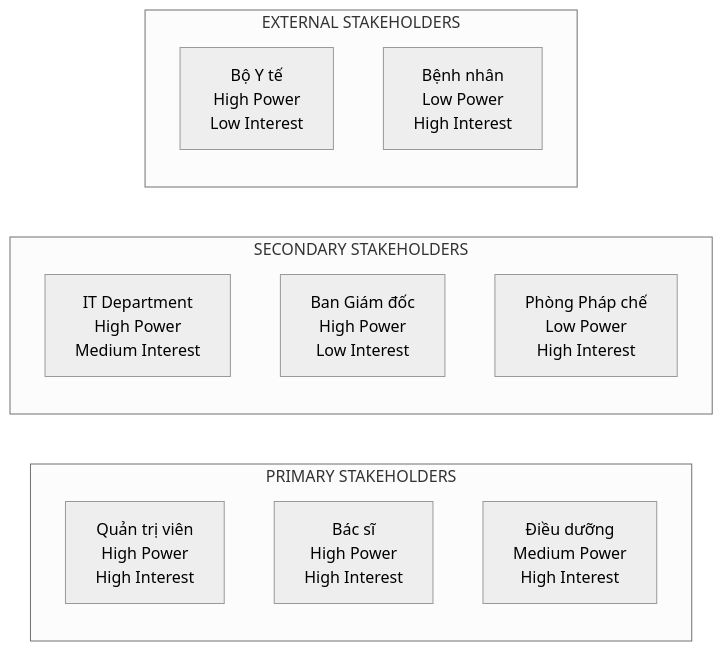
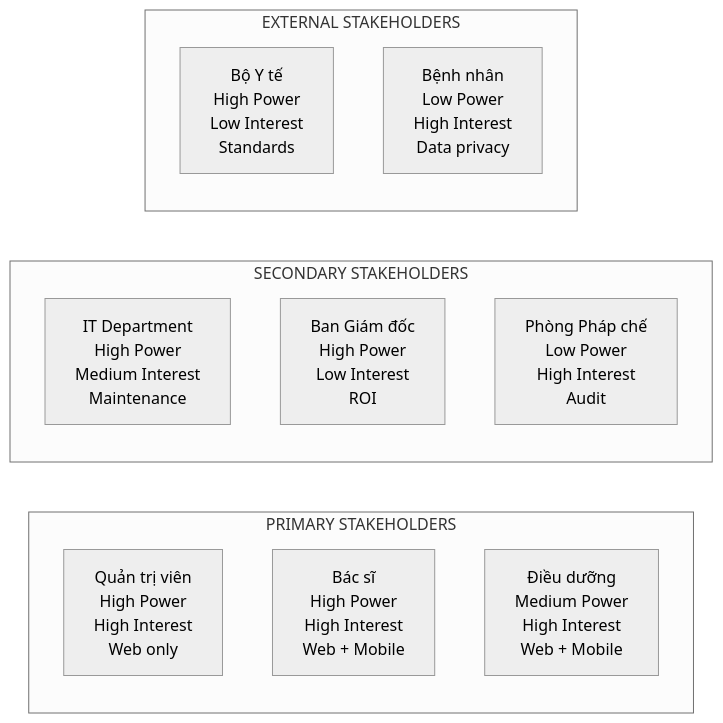
One commit to vudu151/DynamicForm changed the ninth of 9 diagrams in DynamicForm/docs/04-BUSINESS-ARCHITECTURE.md. Above: the diagram before and after it, drawn with Mermaid (neutral theme). The commit also changed other lines of this file and 87 other files, not shown here.

````diff
--- a/DynamicForm/docs/04-BUSINESS-ARCHITECTURE.md
+++ b/DynamicForm/docs/04-BUSINESS-ARCHITECTURE.md
@@ -435,19 +573,19 @@
 ```mermaid
 graph LR
     subgraph "PRIMARY STAKEHOLDERS"
-        ADMIN[Quản trị viên<br/>High Power<br/>High Interest]
-        DOCTOR[Bác sĩ<br/>High Power<br/>High Interest]
-        NURSE[Điều dưỡng<br/>Medium Power<br/>High Interest]
+        ADMIN[Quản trị viên<br/>High Power<br/>High Interest<br/>Web only]
+        DOCTOR[Bác sĩ<br/>High Power<br/>High Interest<br/>Web + Mobile]
+        NURSE[Điều dưỡng<br/>Medium Power<br/>High Interest<br/>Web + Mobile]
     end
     
     subgraph "SECONDARY STAKEHOLDERS"
-        IT[IT Department<br/>High Power<br/>Medium Interest]
-        MANAGEMENT[Ban Giám đốc<br/>High Power<br/>Low Interest]
-        COMPLIANCE[Phòng Pháp chế<br/>Low Power<br/>High Interest]
+        IT[IT Department<br/>High Power<br/>Medium Interest<br/>Maintenance]
+        MANAGEMENT[Ban Giám đốc<br/>High Power<br/>Low Interest<br/>ROI]
+        COMPLIANCE[Phòng Pháp chế<br/>Low Power<br/>High Interest<br/>Audit]
     end
     
     subgraph "EXTERNAL STAKEHOLDERS"
-        MINISTRY[Bộ Y tế<br/>High Power<br/>Low Interest]
-        PATIENT[Bệnh nhân<br/>Low Power<br/>High Interest]
+        MINISTRY[Bộ Y tế<br/>High Power<br/>Low Interest<br/>Standards]
+        PATIENT[Bệnh nhân<br/>Low Power<br/>High Interest<br/>Data privacy]
     end
 ```
````
